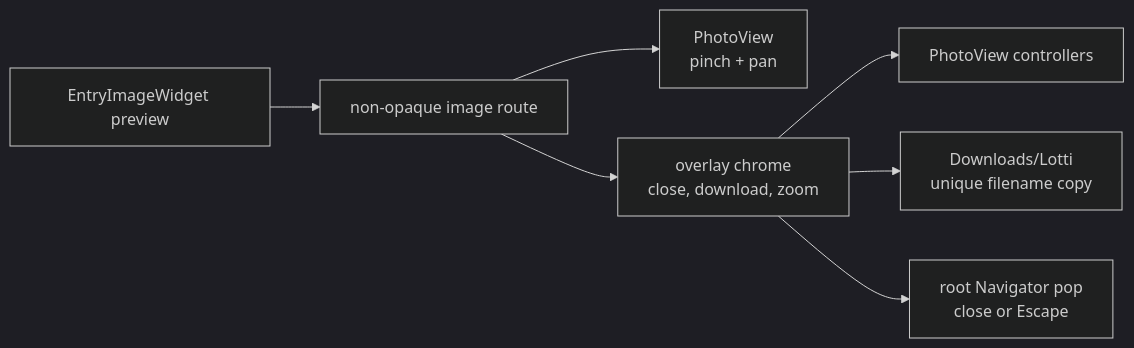
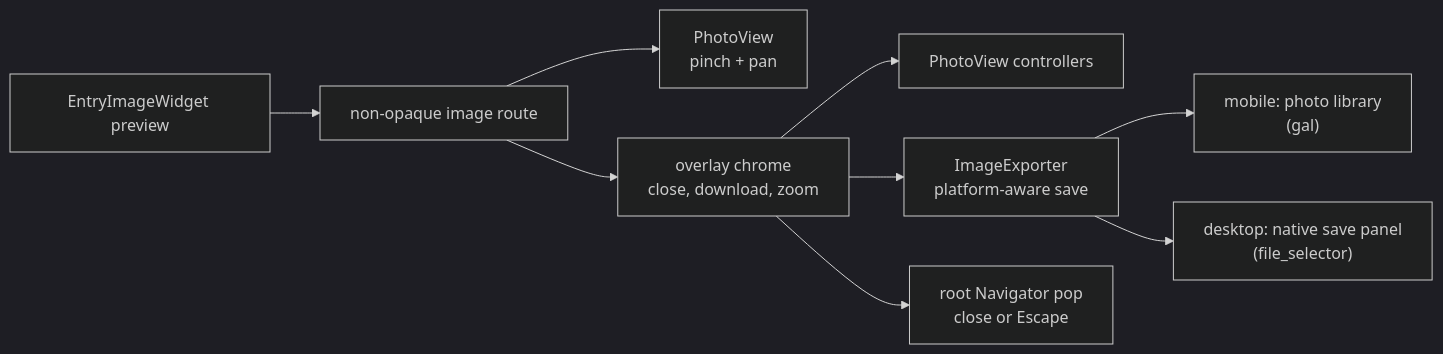
Before and after one commit to matthiasn/lotti: the second of 7 diagrams in lib/features/journal/README.md, drawn with Mermaid (dark theme). The commit also changed other lines of this file and 29 other files, not shown here.

Commit message:
fix: platform-aware image viewer save (#3417)

````diff
--- a/lib/features/journal/README.md
+++ b/lib/features/journal/README.md
@@ -121,9 +121,11 @@
 ```mermaid
 flowchart LR
   Inline["EntryImageWidget preview"] --> Route["non-opaque image route"]
   Route --> PhotoView["PhotoView\npinch + pan"]
   Route --> Chrome["overlay chrome\nclose, download, zoom"]
   Chrome --> Controller["PhotoView controllers"]
-  Chrome --> Downloads["Downloads/Lotti\nunique filename copy"]
+  Chrome --> Exporter["ImageExporter\nplatform-aware save"]
   Chrome --> Pop["root Navigator pop\nclose or Escape"]
+  Exporter --> Gallery["mobile: photo library\n(gal)"]
+  Exporter --> Dialog["desktop: native save panel\n(file_selector)"]
 ```
````
